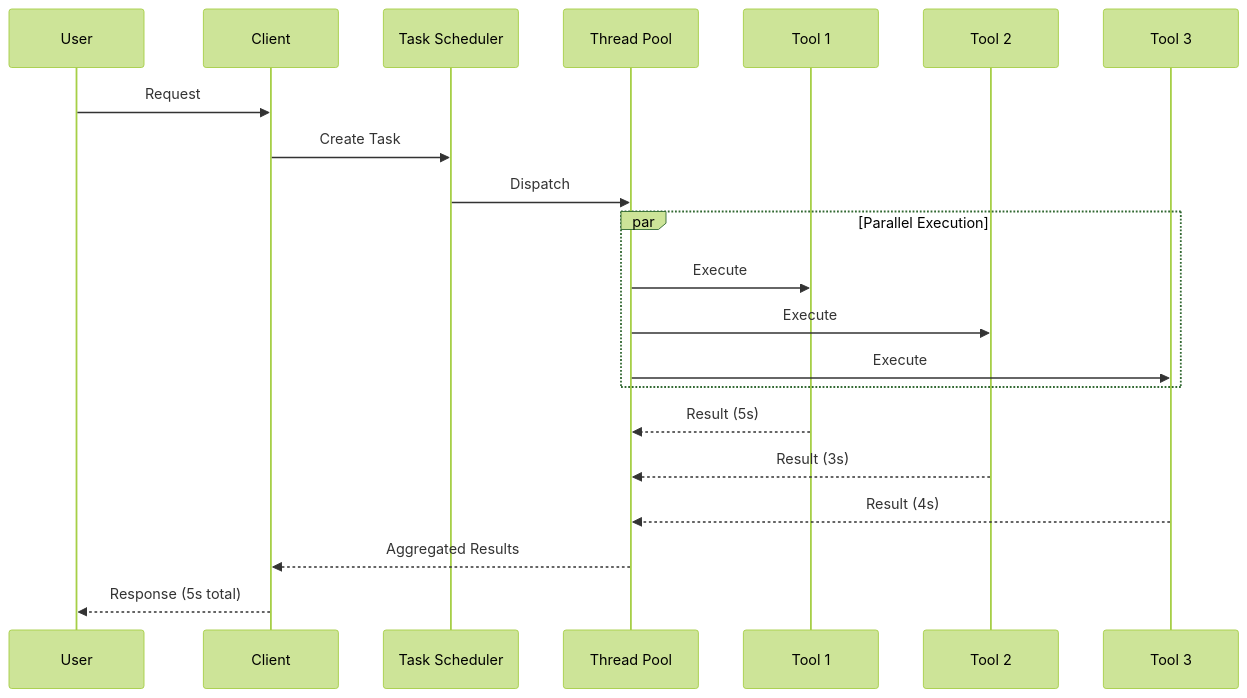
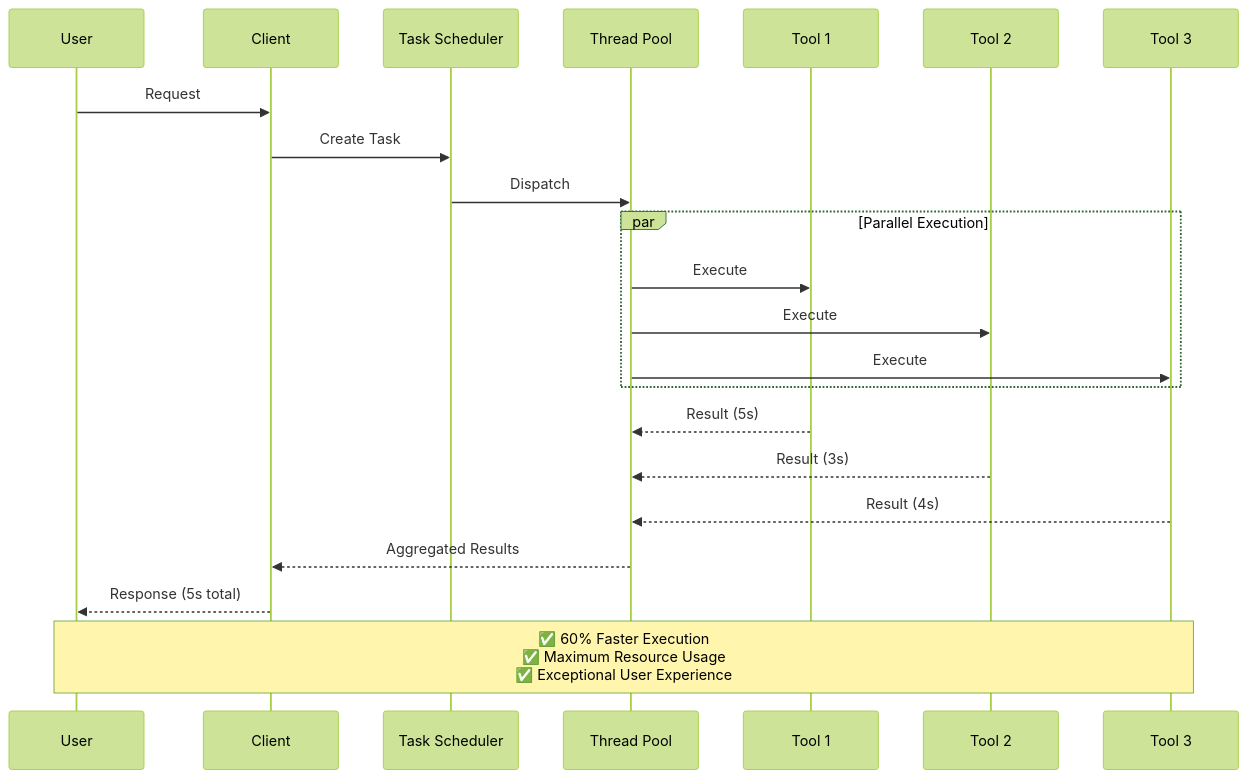
Before and after one commit to CodingButter/advanced-mcp-client: the second of 9 diagrams in README.md, drawn with Mermaid (forest theme). The commit also changed other lines of this file, not shown here.

First line of the commit message:
📊 Enhance diagrams: Larger, stacked sequence and architecture diagrams

````diff
--- a/README.md
+++ b/README.md
@@ -54,26 +47,28 @@
 ```mermaid
 sequenceDiagram
     participant U as User
     participant C as Client
     participant TS as Task Scheduler
     participant TP as Thread Pool
     participant T1 as Tool 1
     participant T2 as Tool 2
     participant T3 as Tool 3
     
     U->>C: Request
     C->>TS: Create Task
     TS->>TP: Dispatch
     
     par Parallel Execution
         TP->>T1: Execute
         TP->>T2: Execute
         TP->>T3: Execute
     end
     
     T1-->>TP: Result (5s)
     T2-->>TP: Result (3s)
     T3-->>TP: Result (4s)
     TP-->>C: Aggregated Results
     C-->>U: Response (5s total)
+    
+    Note over U,T3: ✅ 60% Faster Execution<br/>✅ Maximum Resource Usage<br/>✅ Exceptional User Experience
 ```
````
